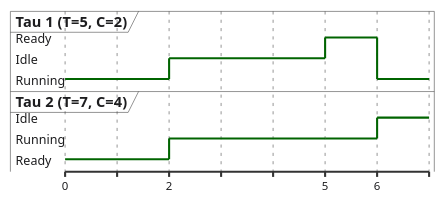
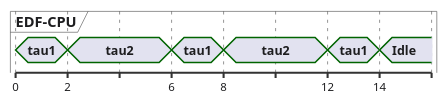
Before and after one commit to dantschi/echtzeitsysteme: the sixth of 8 diagrams in vorlesungen/02_scheduling-theorie.qmd, drawn with PlantUML. The commit also changed other lines of this file and 1 other file, not shown here.

````diff
--- a/vorlesungen/02_scheduling-theorie.qmd
+++ b/vorlesungen/02_scheduling-theorie.qmd
@@ -734,35 +765,27 @@
 ```{.plantuml}
 @startuml
 skinparam backgroundColor transparent
 skinparam defaultFontName "Inter, sans-serif"
 skinparam defaultFontColor #1D1D1F
 skinparam ArrowColor #86868B
-skinparam NoteBackgroundColor #F5F5F7
-skinparam NoteBorderColor #E5E5EA
 skinparam timing {
   BackgroundColor #FFFFFF
   BorderColor #E5E5EA
   LineColor #1D1D1F
   SignalColor #E2001A
 }
-
-robust "Tau 1 (T=5, C=2)" as T1
-robust "Tau 2 (T=7, C=4)" as T2
-
+concise "EDF-CPU" as CPU
 @0
-T1 is Running
-T2 is Ready
-
+CPU is tau1
 @2
-T1 is Idle
-T2 is Running
-
-@5
-T1 is Ready
-T2 is Running
-
+CPU is tau2
 @6
-T1 is Running
-T2 is Idle
+CPU is tau1
+@8
+CPU is tau2
+@12
+CPU is tau1
+@14
+CPU is Idle
 @enduml
 ```
````
